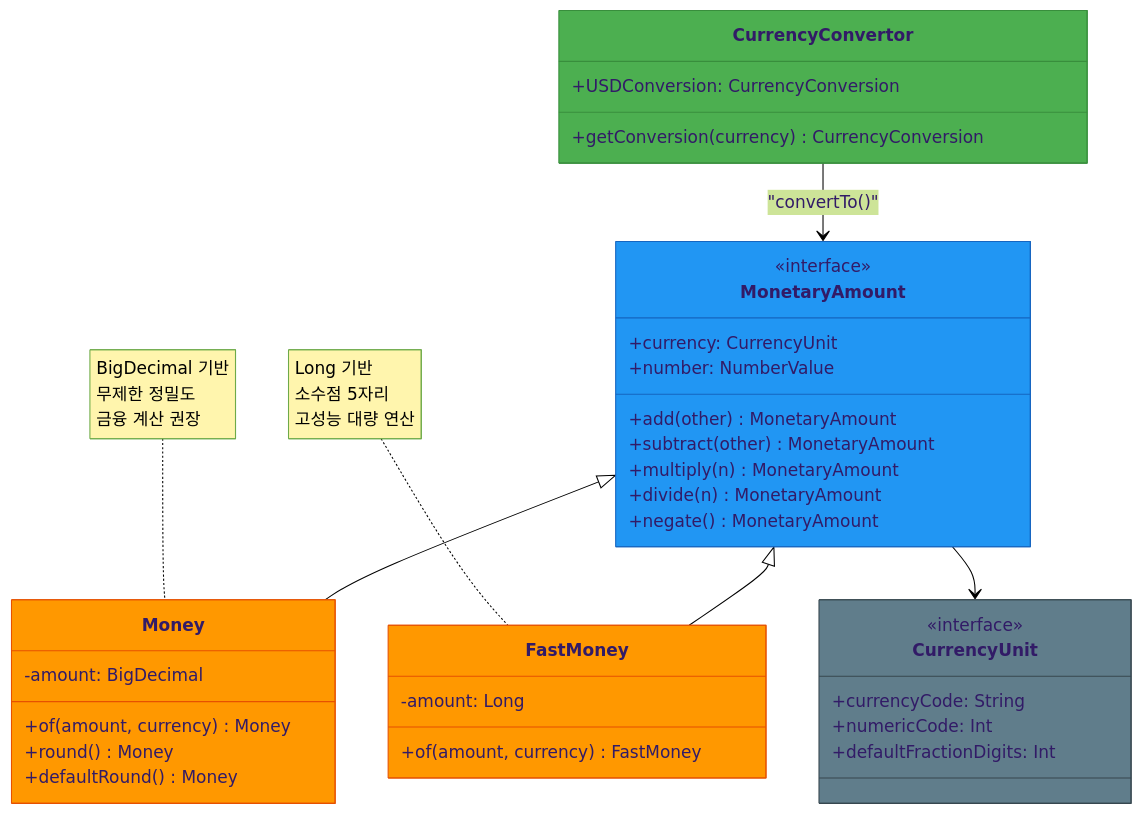
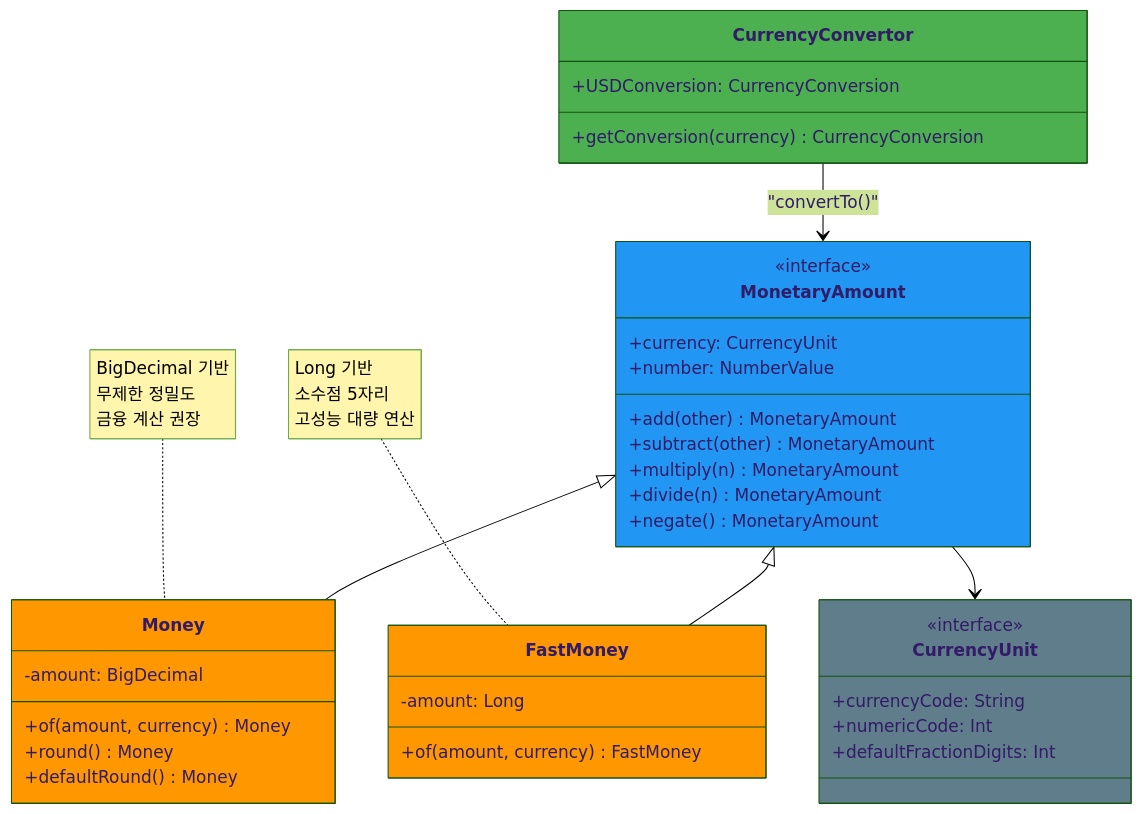
Before and after one commit to bluetape4k/bluetape4k-projects: the first of 2 diagrams in utils/money/README.md, drawn with Mermaid (forest theme). The commit also changed 94 other files, not shown here.

First line of the commit message:
docs: Mermaid classDef에서 stroke:#색상 제거 (파서 오류 수정)

````diff
--- a/utils/money/README.md
+++ b/utils/money/README.md
@@ -237,50 +237,50 @@
 ```mermaid
 classDiagram
     class MonetaryAmount:::utilStyle {
         <<interface>>
         +currency: CurrencyUnit
         +number: NumberValue
         +add(other) MonetaryAmount
         +subtract(other) MonetaryAmount
         +multiply(n) MonetaryAmount
         +divide(n) MonetaryAmount
         +negate() MonetaryAmount
     }
 
     class Money:::modelStyle {
         -amount: BigDecimal
         +of(amount, currency) Money
         +round() Money
         +defaultRound() Money
     }
 
     class FastMoney:::modelStyle {
         -amount: Long
         +of(amount, currency) FastMoney
     }
 
     class CurrencyUnit:::infraStyle {
         <<interface>>
         +currencyCode: String
         +numericCode: Int
         +defaultFractionDigits: Int
     }
 
     class CurrencyConvertor:::serviceStyle {
         +getConversion(currency) CurrencyConversion
         +USDConversion: CurrencyConversion
     }
 
     MonetaryAmount <|-- Money
     MonetaryAmount <|-- FastMoney
     MonetaryAmount --> CurrencyUnit
     CurrencyConvertor --> MonetaryAmount : "convertTo()"
 
     note for Money "BigDecimal 기반<br/>무제한 정밀도<br/>금융 계산 권장"
     note for FastMoney "Long 기반<br/>소수점 5자리<br/>고성능 대량 연산"
 
-    classDef utilStyle    fill:#2196F3,stroke:#1565C0
-    classDef serviceStyle fill:#4CAF50,stroke:#388E3C
-    classDef modelStyle   fill:#FF9800,stroke:#E65100
-    classDef infraStyle   fill:#607D8B,stroke:#37474F
+    classDef utilStyle    fill:#2196F3
+    classDef serviceStyle fill:#4CAF50
+    classDef modelStyle   fill:#FF9800
+    classDef infraStyle   fill:#607D8B
 ```
````
